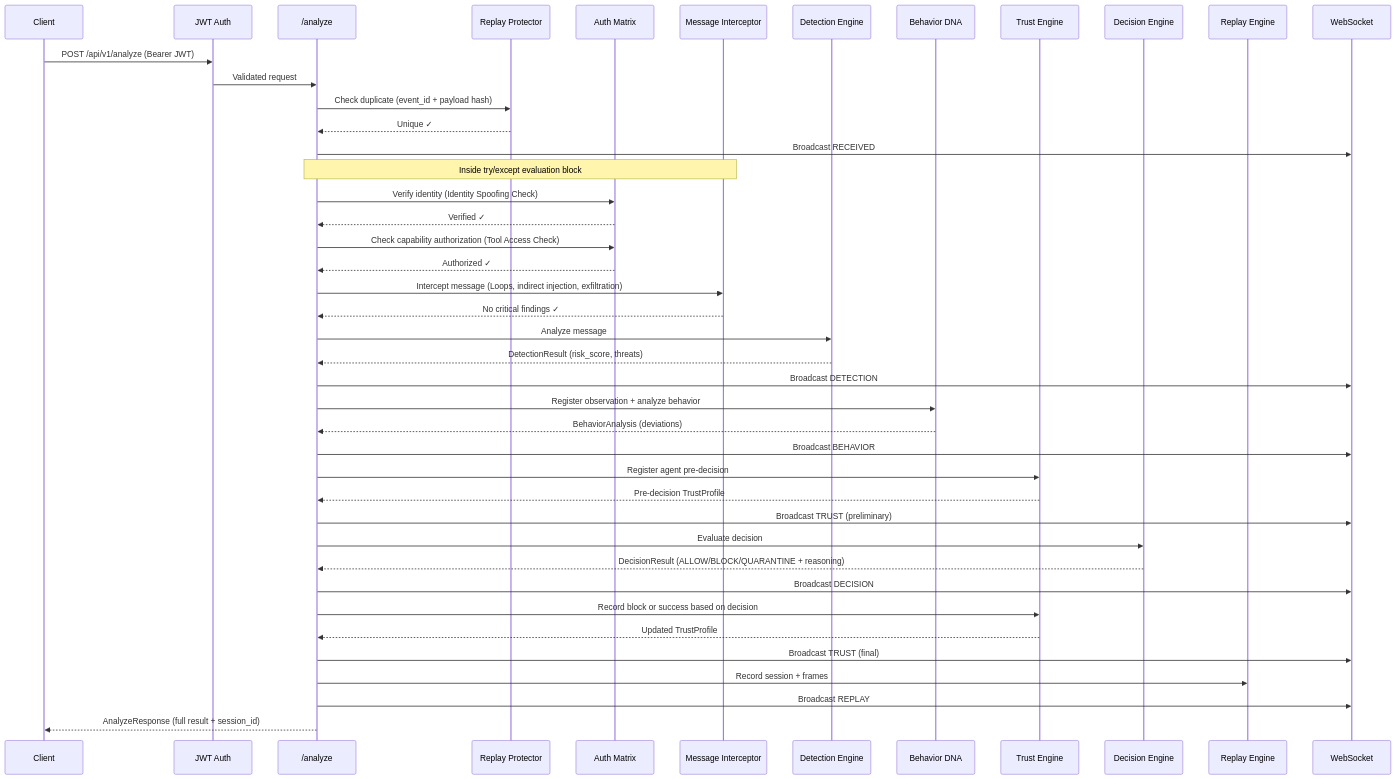
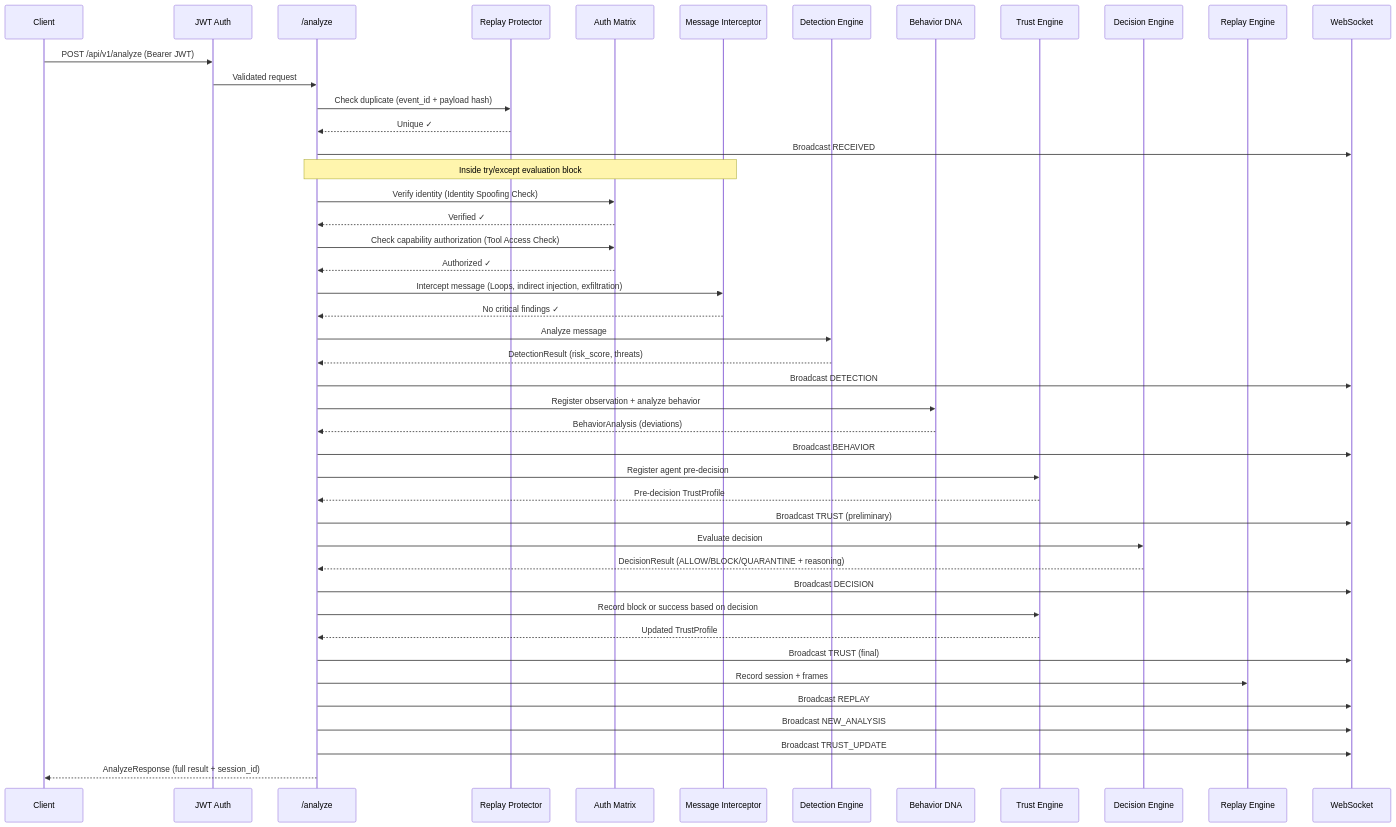
The second of 2 diagrams in README.md (Ankit2429/AgentShield), drawn with Mermaid before and after one commit. The commit also changed other lines of this file, not shown here.

Commit message:
docs: align README pipeline list and diagrams to actual 14-step order

````diff
--- a/README.md
+++ b/README.md
@@ -133,56 +139,58 @@
 ```mermaid
 sequenceDiagram
     participant Client
     participant Auth as JWT Auth
     participant API as /analyze
     participant RP as Replay Protector
     participant Matrix as Auth Matrix
     participant Intercept as Message Interceptor
     participant Det as Detection Engine
     participant DNA as Behavior DNA
     participant Trust as Trust Engine
     participant Dec as Decision Engine
     participant Replay as Replay Engine
     participant WS as WebSocket
 
     Client->>Auth: POST /api/v1/analyze (Bearer JWT)
     Auth->>API: Validated request
     
     API->>RP: Check duplicate (event_id + payload hash)
     RP-->>API: Unique ✓
     API->>WS: Broadcast RECEIVED
 
     Note over API,Intercept: Inside try/except evaluation block
     API->>Matrix: Verify identity (Identity Spoofing Check)
     Matrix-->>API: Verified ✓
     
     API->>Matrix: Check capability authorization (Tool Access Check)
     Matrix-->>API: Authorized ✓
     
     API->>Intercept: Intercept message (Loops, indirect injection, exfiltration)
     Intercept-->>API: No critical findings ✓
 
     API->>Det: Analyze message
     Det-->>API: DetectionResult (risk_score, threats)
     API->>WS: Broadcast DETECTION
 
     API->>DNA: Register observation + analyze behavior
     DNA-->>API: BehaviorAnalysis (deviations)
     API->>WS: Broadcast BEHAVIOR
 
     API->>Trust: Register agent pre-decision
     Trust-->>API: Pre-decision TrustProfile
     API->>WS: Broadcast TRUST (preliminary)
 
     API->>Dec: Evaluate decision
     Dec-->>API: DecisionResult (ALLOW/BLOCK/QUARANTINE + reasoning)
     API->>WS: Broadcast DECISION
 
     API->>Trust: Record block or success based on decision
     Trust-->>API: Updated TrustProfile
     API->>WS: Broadcast TRUST (final)
 
     API->>Replay: Record session + frames
     API->>WS: Broadcast REPLAY
+    API->>WS: Broadcast NEW_ANALYSIS
+    API->>WS: Broadcast TRUST_UPDATE
     API-->>Client: AnalyzeResponse (full result + session_id)
 ```
````
